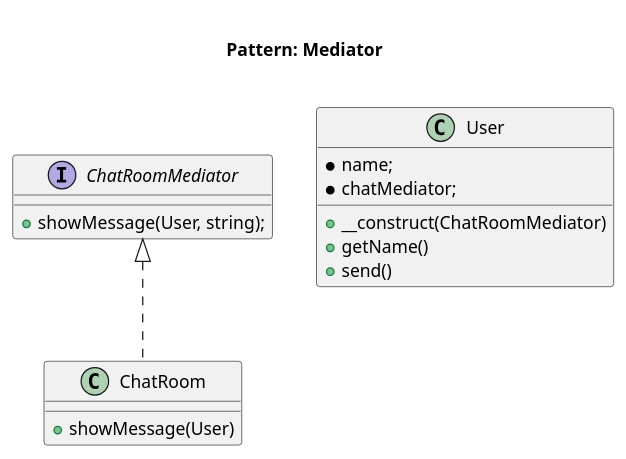
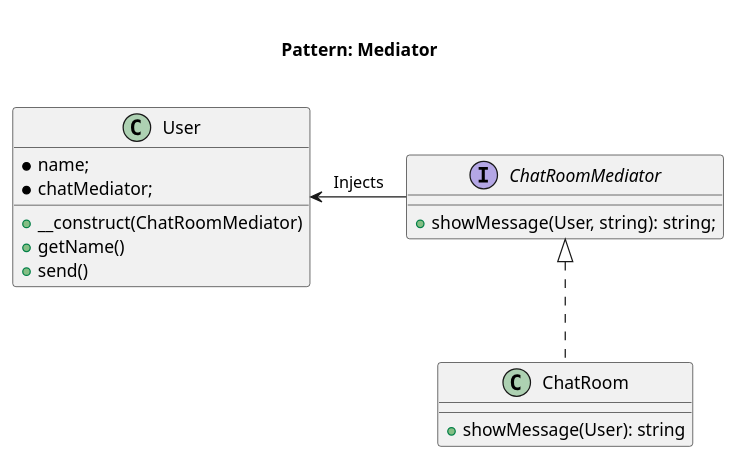
The diagram in patterns/behavioral/mediator/kamran-ahmed/diagram.pu (rosselli/design-patterns-implemented.concepts), drawn with PlantUML before and after one commit. The commit also changed 15 other files, not shown here.

```diff
--- a/patterns/behavioral/mediator/kamran-ahmed/diagram.pu
+++ b/patterns/behavioral/mediator/kamran-ahmed/diagram.pu
@@ -1,21 +1,23 @@
 @startuml
     Title <size:20>\nPattern: Mediator\n
 
     interface ChatRoomMediator{
-        + showMessage(User, string);
+        + showMessage(User, string): string;
     }
 
     class ChatRoom implements ChatRoomMediator {
-        + showMessage(User)
+        + showMessage(User): string
     }
 
     class User {
         * name;
         * chatMediator;
         + __construct(ChatRoomMediator)
         + getName()
         + send()
     }
 
+    ChatRoomMediator -left-> User: Injects
+
 
 @enduml
```
